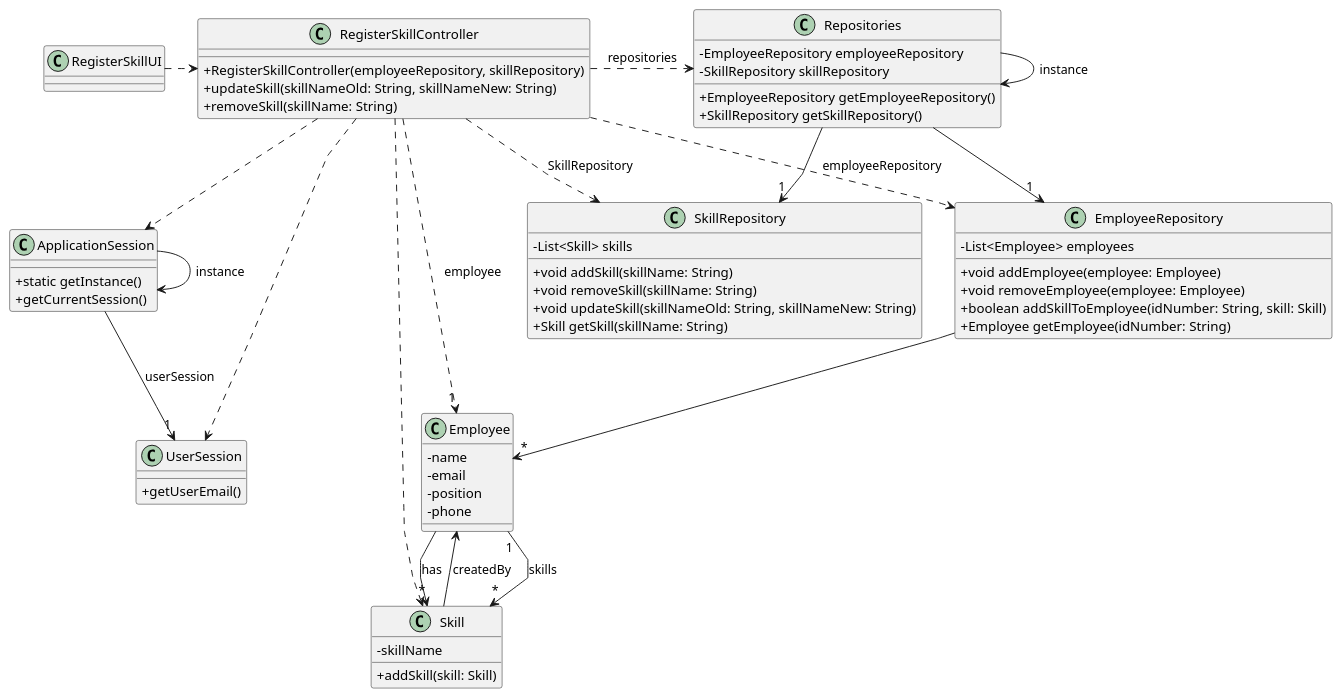
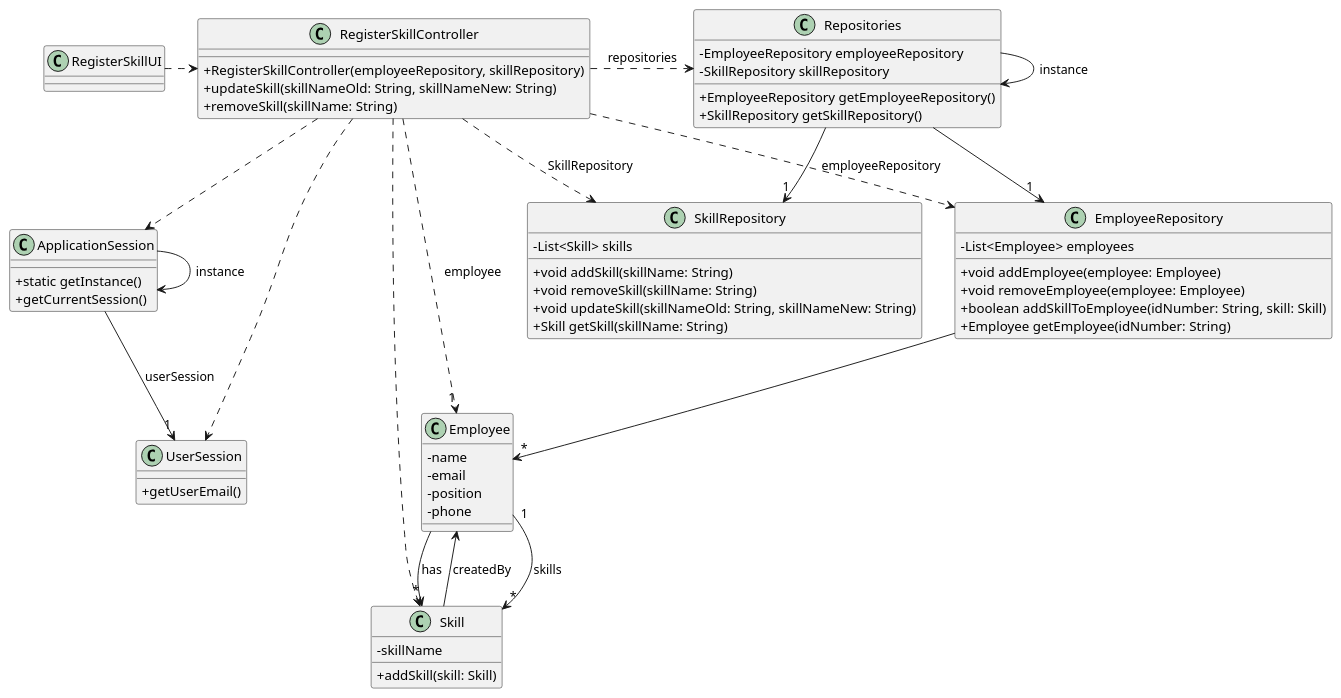
Before and after one commit to Departamento-de-Engenharia-Informatica/greenspace-management: the diagram in docs/sprintA/us001/03.design/puml/us001-class-diagram.puml, drawn with PlantUML. The commit also changed 3 other files, not shown here.

```diff
--- a/docs/sprintA/us001/03.design/puml/us001-class-diagram.puml
+++ b/docs/sprintA/us001/03.design/puml/us001-class-diagram.puml
@@ -1,103 +1,103 @@
 @startuml
 
 'skinparam monochrome true
 skinparam packageStyle rectangle
 skinparam shadowing false
 skinparam linetype polyline
-'skinparam linetype orto
+skinparam linetype orto
 
 skinparam classAttributeIconSize 0
 
 'left to right direction
 
 class ApplicationSession
 {
     + static getInstance()
     + getCurrentSession()
 }
 
 class UserSession
 {
     + getUserEmail()
 }
 
 class Employee {
     - name
     - email
     - position
     - phone
 }
 
 class Skill {
     - skillName
 
     + addSkill(skill: Skill)
 }
 
 class SkillRepository{
     - List<Skill> skills
 
     + void addSkill(skillName: String)
     + void removeSkill(skillName: String)
     + void updateSkill(skillNameOld: String, skillNameNew: String)
     + Skill getSkill(skillName: String)
 }
 
 
 
 class RegisterSkillUI {
 }
 
 class Repositories{
     - EmployeeRepository employeeRepository
     - SkillRepository skillRepository
 
     + EmployeeRepository getEmployeeRepository()
     + SkillRepository getSkillRepository()
 }
 
 class EmployeeRepository{
     - List<Employee> employees
 
     + void addEmployee(employee: Employee)
     + void removeEmployee(employee: Employee)
     + boolean addSkillToEmployee(idNumber: String, skill: Skill)
     + Employee getEmployee(idNumber: String)
 }
 
 
 class RegisterSkillController {
     + RegisterSkillController(employeeRepository, skillRepository)
     + updateSkill(skillNameOld: String, skillNameNew: String)
     + removeSkill(skillName: String)
 }
 
 
 
 Repositories -> Repositories : instance
 ApplicationSession -> ApplicationSession : instance
 
 RegisterSkillUI .> RegisterSkillController
 
 RegisterSkillController .> Repositories : repositories
 
 Repositories -> "1" SkillRepository
 
 RegisterSkillController ..> Skill
 RegisterSkillController ..> EmployeeRepository : employeeRepository
 RegisterSkillController ..> SkillRepository : SkillRepository
 
 Repositories --> "1" EmployeeRepository
 
 EmployeeRepository --> "*" Employee
 ApplicationSession --> "1" UserSession : userSession
 
 RegisterSkillController ..> "1" Employee : employee
 RegisterSkillController ..> ApplicationSession
 RegisterSkillController ..> UserSession
 Employee "1" --> "*" Skill : skills
 Skill --> Employee : createdBy
 
 Employee --> "*" Skill : has
 
 @enduml
```
